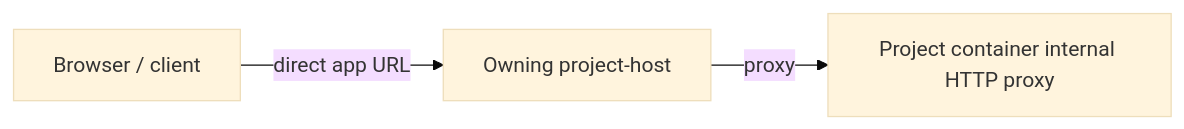
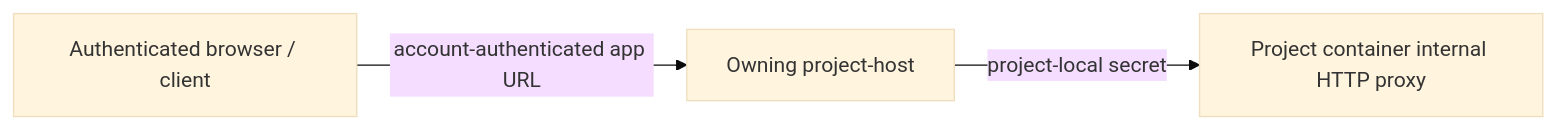
One commit to sagemathinc/cocalc-ai changed the diagram in docs/http-proxy.md. Above: the diagram before and after it, drawn with Mermaid (base theme). The commit also changed other lines of this file and 61 other files, not shown here.

````diff
--- a/docs/http-proxy.md
+++ b/docs/http-proxy.md
@@ -88,9 +32,9 @@
 ```mermaid
 flowchart LR
-    Browser["Browser / client"]
+    Browser["Authenticated browser / client"]
     Host["Owning project-host"]
     Container["Project container internal HTTP proxy"]
 
-    Browser -->|direct app URL| Host
-    Host -->|proxy| Container
+    Browser -->|account-authenticated app URL| Host
+    Host -->|project-local secret| Container
 ```
````
